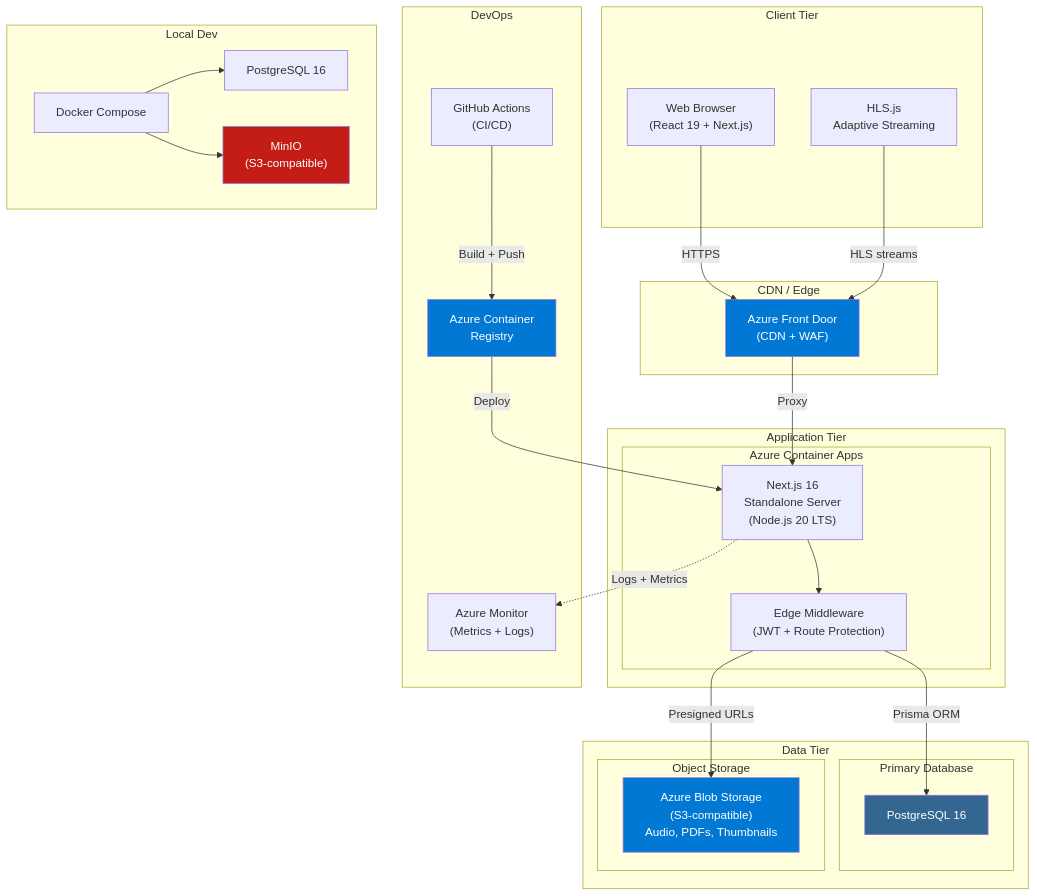
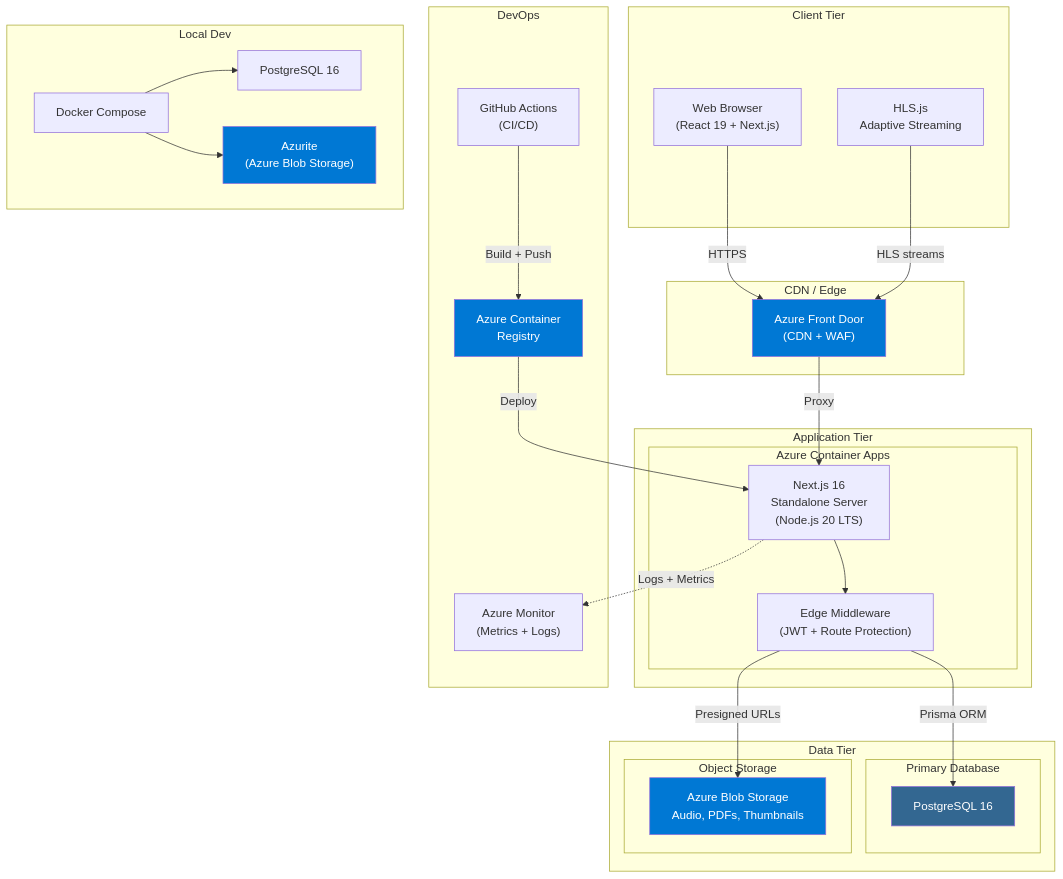
Before and after one commit to RoshanJ20/podcasthub: the diagram in README.md, drawn with Mermaid. The commit also changed other lines of this file and 12 other files, not shown here.

First line of the commit message:
feat: migrate storage from MinIO/S3 to Azure Blob Storage

````diff
--- a/README.md
+++ b/README.md
@@ -48,58 +48,58 @@
 ```mermaid
 graph TB
     subgraph "Client Tier"
         WebApp["Web Browser<br/>(React 19 + Next.js)"]
         HLS["HLS.js<br/>Adaptive Streaming"]
     end
 
     subgraph "CDN / Edge"
         FrontDoor["Azure Front Door<br/>(CDN + WAF)"]
     end
 
     subgraph "Application Tier"
         subgraph "Azure Container Apps"
             NextJS["Next.js 16<br/>Standalone Server<br/>(Node.js 20 LTS)"]
             EdgeMW["Edge Middleware<br/>(JWT + Route Protection)"]
         end
     end
 
     subgraph "Data Tier"
         subgraph "Primary Database"
             PostgreSQL["PostgreSQL 16"]
         end
         subgraph "Object Storage"
-            BlobStorage["Azure Blob Storage<br/>(S3-compatible)<br/>Audio, PDFs, Thumbnails"]
+            BlobStorage["Azure Blob Storage<br/>Audio, PDFs, Thumbnails"]
         end
     end
 
     subgraph "DevOps"
         ACR["Azure Container<br/>Registry"]
         GitHub["GitHub Actions<br/>(CI/CD)"]
         AzureMonitor["Azure Monitor<br/>(Metrics + Logs)"]
     end
 
     subgraph "Local Dev"
         DockerCompose["Docker Compose"]
         PGLocal["PostgreSQL 16"]
-        MinIO["MinIO<br/>(S3-compatible)"]
+        Azurite["Azurite<br/>(Azure Blob Storage)"]
     end
 
     WebApp -->|"HTTPS"| FrontDoor
     HLS -->|"HLS streams"| FrontDoor
     FrontDoor -->|"Proxy"| NextJS
     NextJS --> EdgeMW
     EdgeMW -->|"Prisma ORM"| PostgreSQL
     EdgeMW -->|"Presigned URLs"| BlobStorage
 
     GitHub -->|"Build + Push"| ACR
     ACR -->|"Deploy"| NextJS
     NextJS -.->|"Logs + Metrics"| AzureMonitor
 
-    DockerCompose --> PGLocal & MinIO
+    DockerCompose --> PGLocal & Azurite
 
     style FrontDoor fill:#0078d4,color:#fff
     style PostgreSQL fill:#336791,color:#fff
     style BlobStorage fill:#0078d4,color:#fff
     style ACR fill:#0078d4,color:#fff
-    style MinIO fill:#c41d15,color:#fff
+    style Azurite fill:#0078d4,color:#fff
 ```
````
